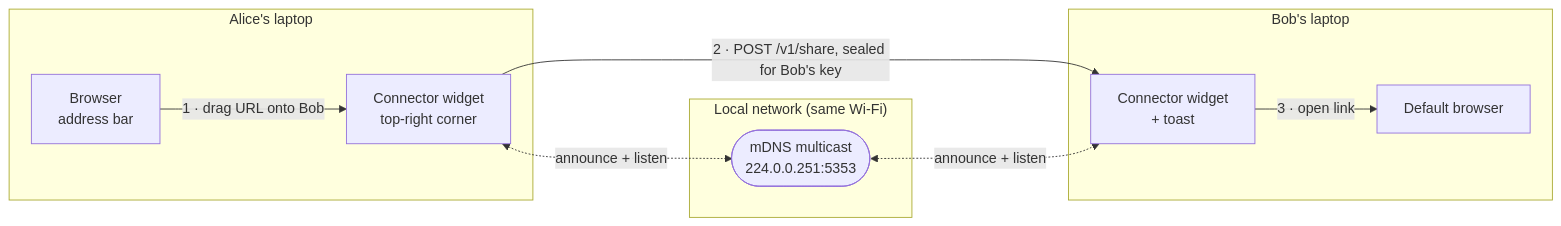
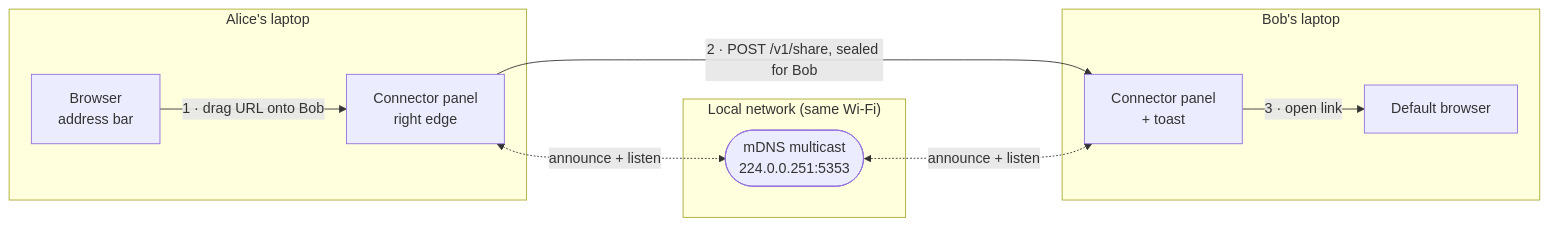
One commit to Affan88888/connector changed the first of 3 diagrams in docs/ARCHITECTURE.md. Above: the diagram before and after it, drawn with Mermaid. The commit also changed other lines of this file and 16 other files, not shown here.

````diff
--- a/docs/ARCHITECTURE.md
+++ b/docs/ARCHITECTURE.md
@@ -37,20 +42,20 @@
 ```mermaid
 flowchart LR
   subgraph A["Alice's laptop"]
     AB["Browser<br/>address bar"]
-    AW["Connector widget<br/>top-right corner"]
+    AW["Connector panel<br/>right edge"]
   end
   subgraph LAN["Local network (same Wi-Fi)"]
     M(["mDNS multicast<br/>224.0.0.251:5353"])
   end
   subgraph B["Bob's laptop"]
-    BW["Connector widget<br/>+ toast"]
+    BW["Connector panel<br/>+ toast"]
     BB["Default browser"]
   end
 
   AB -->|"1 · drag URL onto Bob"| AW
-  AW -->|"2 · POST /v1/share, sealed for Bob's key"| BW
+  AW -->|"2 · POST /v1/share, sealed for Bob"| BW
   BW -->|"3 · open link"| BB
   AW <-.->|"announce + listen"| M
   M <-.->|"announce + listen"| BW
 ```
````
